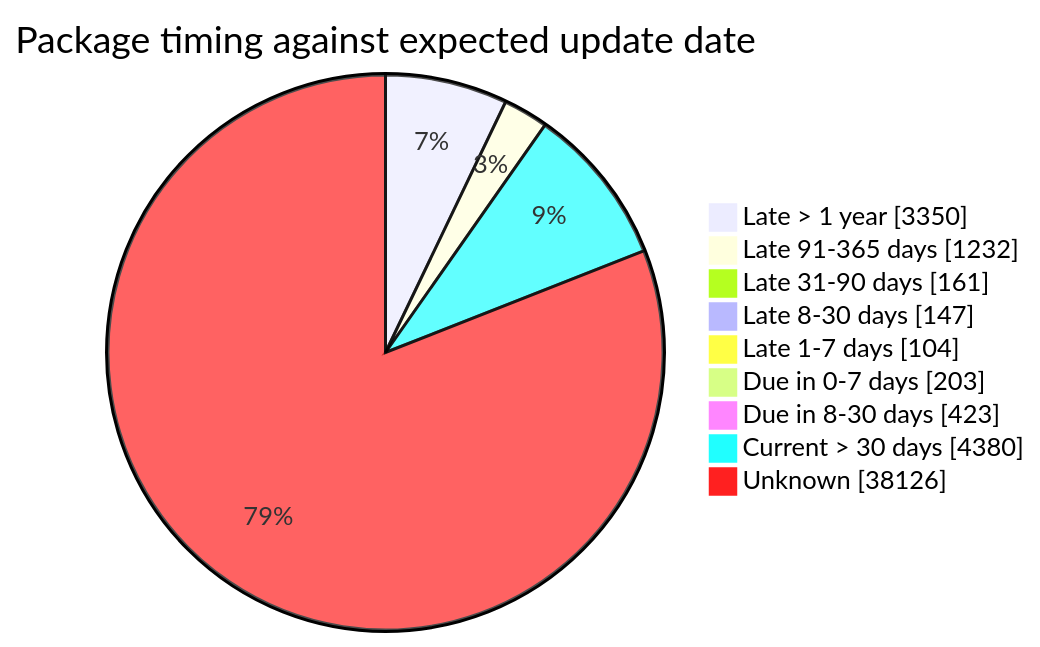
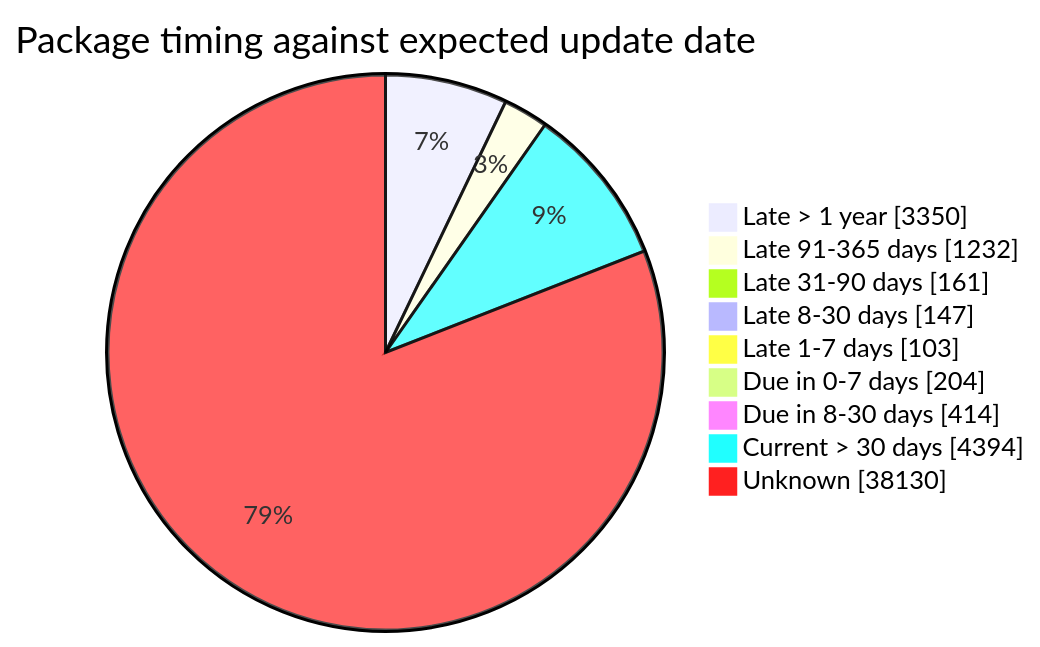
The fourth of 5 diagrams in FreshCheck/README.md (open-data/analytics-corporate-reporting), drawn with Mermaid before and after one commit. The commit also changed other lines of this file and 3 other files, not shown here.

````diff
--- a/FreshCheck/README.md
+++ b/FreshCheck/README.md
@@ -86,12 +86,12 @@
 ```mermaid
 pie showData title Package timing against expected update date
     "Late > 1 year": 3350
     "Late 91-365 days": 1232
     "Late 31-90 days": 161
     "Late 8-30 days": 147
-    "Late 1-7 days": 104
-    "Due in 0-7 days": 203
-    "Due in 8-30 days": 423
-    "Current > 30 days": 4380
-    "Unknown": 38126
+    "Late 1-7 days": 103
+    "Due in 0-7 days": 204
+    "Due in 8-30 days": 414
+    "Current > 30 days": 4394
+    "Unknown": 38130
 ```
````
